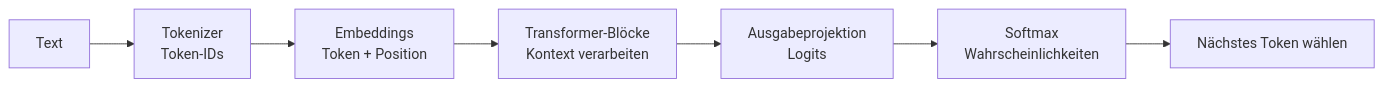
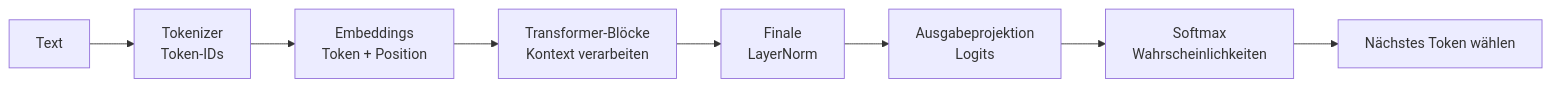
Before and after one commit to iludis52/DQR6_Material: the first of 4 diagrams in M2a_Transformer/Dokumente/Transformer_Lehrbuch.md, drawn with Mermaid. The commit also changed other lines of this file and 2 other files, not shown here.

````diff
--- a/M2a_Transformer/Dokumente/Transformer_Lehrbuch.md
+++ b/M2a_Transformer/Dokumente/Transformer_Lehrbuch.md
@@ -29,9 +31,10 @@
 ```mermaid
 flowchart LR
     A["Text"] --> B["Tokenizer<br/>Token-IDs"]
     B --> C["Embeddings<br/>Token + Position"]
     C --> D["Transformer-Blöcke<br/>Kontext verarbeiten"]
-    D --> E["Ausgabeprojektion<br/>Logits"]
+    D --> N["Finale<br/>LayerNorm"]
+    N --> E["Ausgabeprojektion<br/>Logits"]
     E --> F["Softmax<br/>Wahrscheinlichkeiten"]
     F --> G["Nächstes Token wählen"]
 ```
````
